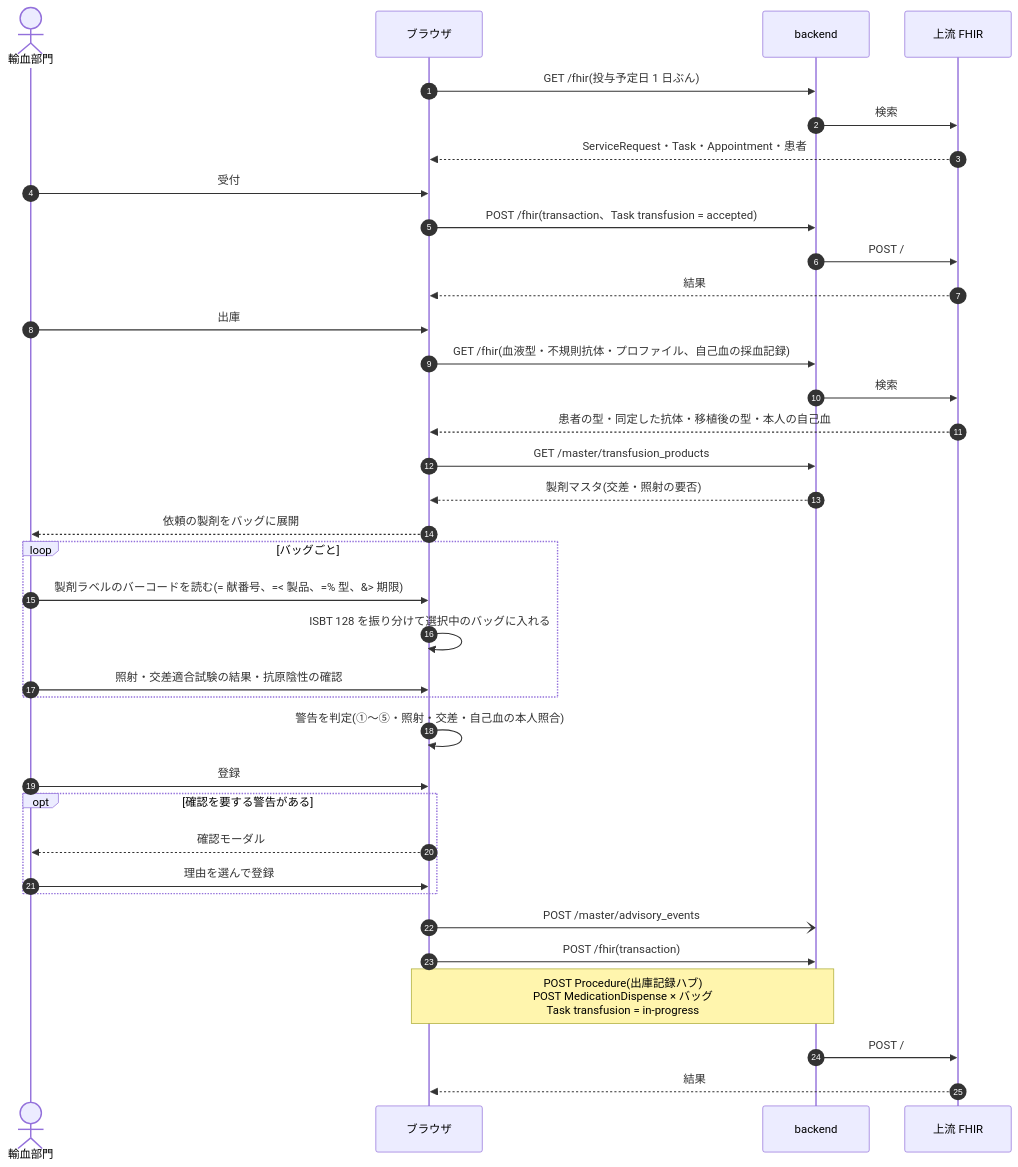
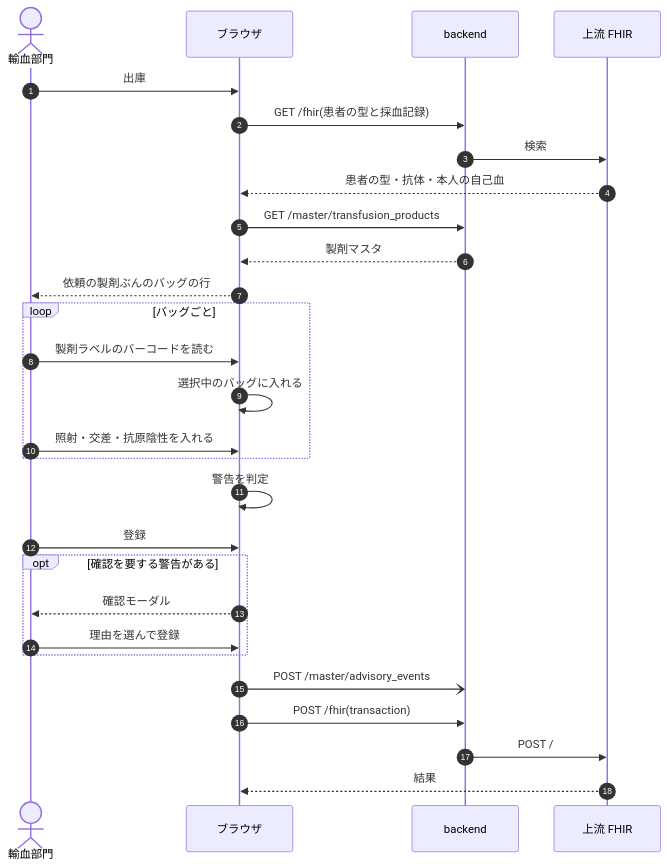
The fifth of 11 diagrams in docs/dev/transfusion.md (ysnr-dev/fhir-client-docs), drawn with Mermaid before and after one commit. The commit also changed other lines of this file and 43 other files, not shown here.

Commit message:
docs: 業務フローとシーケンス図を写し直し

````diff
--- a/docs/dev/transfusion.md
+++ b/docs/dev/transfusion.md
@@ -112,39 +244,31 @@
 ```mermaid
 sequenceDiagram
   autonumber
   actor Tech as 輸血部門
   participant UI as ブラウザ
   participant BE as backend
   participant FHIR as 上流 FHIR
 
-  UI->>BE: GET /fhir(投与予定日 1 日ぶん)
+  Tech->>UI: 出庫
+  UI->>BE: GET /fhir(患者の型と採血記録)
   BE->>FHIR: 検索
-  FHIR-->>UI: ServiceRequest・Task・Appointment・患者
-  Tech->>UI: 受付
-  UI->>BE: POST /fhir(transaction、Task transfusion = accepted)
-  BE->>FHIR: POST /
-  FHIR-->>UI: 結果
-  Tech->>UI: 出庫
-  UI->>BE: GET /fhir(血液型・不規則抗体・プロファイル、自己血の採血記録)
-  BE->>FHIR: 検索
-  FHIR-->>UI: 患者の型・同定した抗体・移植後の型・本人の自己血
+  FHIR-->>UI: 患者の型・抗体・本人の自己血
   UI->>BE: GET /master/transfusion_products
-  BE-->>UI: 製剤マスタ(交差・照射の要否)
-  UI-->>Tech: 依頼の製剤をバッグに展開
+  BE-->>UI: 製剤マスタ
+  UI-->>Tech: 依頼の製剤ぶんのバッグの行
   loop バッグごと
-    Tech->>UI: 製剤ラベルのバーコードを読む(= 献番号、=< 製品、=% 型、&> 期限)
-    UI->>UI: ISBT 128 を振り分けて選択中のバッグに入れる
-    Tech->>UI: 照射・交差適合試験の結果・抗原陰性の確認
+    Tech->>UI: 製剤ラベルのバーコードを読む
+    UI->>UI: 選択中のバッグに入れる
+    Tech->>UI: 照射・交差・抗原陰性を入れる
   end
-  UI->>UI: 警告を判定(①〜⑤・照射・交差・自己血の本人照合)
+  UI->>UI: 警告を判定
   Tech->>UI: 登録
   opt 確認を要する警告がある
     UI-->>Tech: 確認モーダル
     Tech->>UI: 理由を選んで登録
   end
   UI-)BE: POST /master/advisory_events
   UI->>BE: POST /fhir(transaction)
-  Note over UI,BE: POST Procedure(出庫記録ハブ)<br/>POST MedicationDispense × バッグ<br/>Task transfusion = in-progress
   BE->>FHIR: POST /
   FHIR-->>UI: 結果
 ```
````
